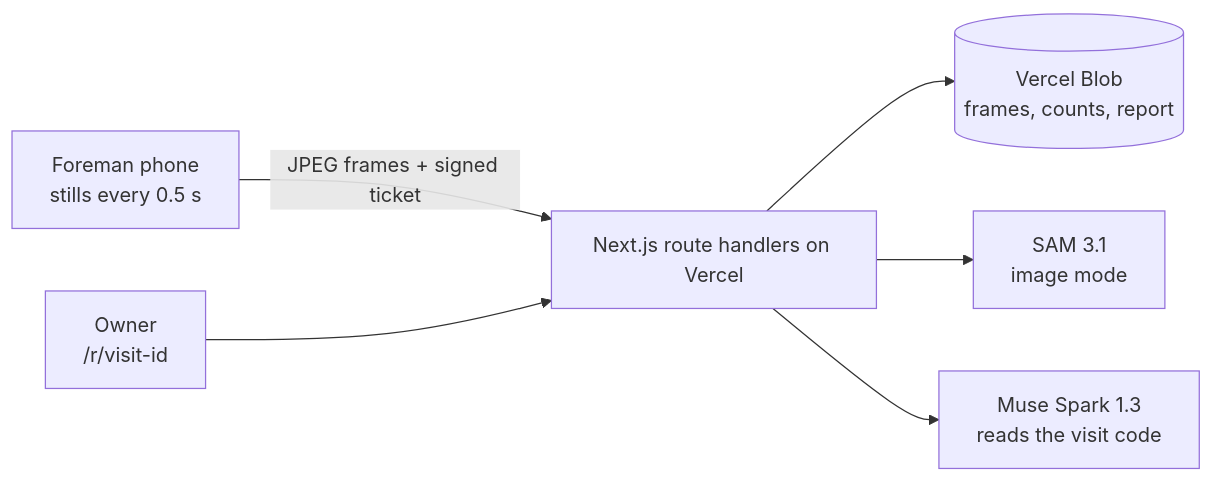
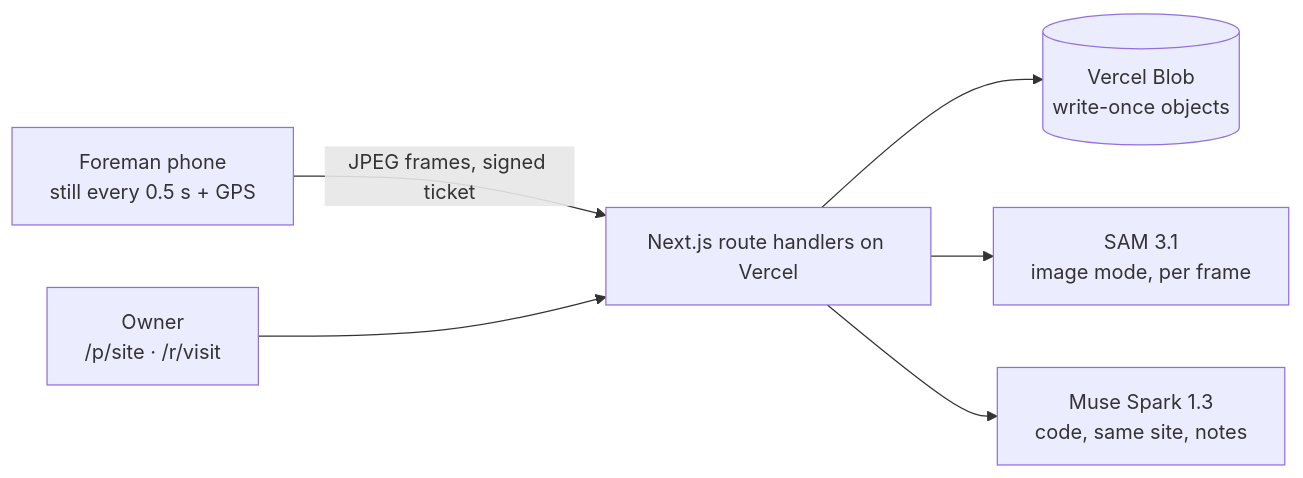
The first of 2 diagrams in ARCHITECTURE.md (techbone/plumbline), drawn with Mermaid before and after one commit. The commit also changed other lines of this file and 7 other files, not shown here.

Commit message:
docs: readme, architecture, demo script and submission

````diff
--- a/ARCHITECTURE.md
+++ b/ARCHITECTURE.md
@@ -34,8 +31,8 @@
 ```mermaid
 flowchart LR
-  F[Foreman phone<br/>stills every 0.5 s] -->|JPEG frames + signed ticket| API[Next.js route handlers on Vercel]
-  O[Owner<br/>/r/visit-id] --> API
-  API --> BLOB[(Vercel Blob<br/>frames, counts, report)]
-  API --> SAM[SAM 3.1<br/>image mode]
-  API --> SPARK[Muse Spark 1.3<br/>reads the visit code]
+  F[Foreman phone<br/>still every 0.5 s + GPS] -->|JPEG frames, signed ticket| API[Next.js route handlers on Vercel]
+  O[Owner<br/>/p/site · /r/visit] --> API
+  API --> BLOB[(Vercel Blob<br/>write-once objects)]
+  API --> SAM[SAM 3.1<br/>image mode, per frame]
+  API --> SPARK[Muse Spark 1.3<br/>code, same site, notes]
 ```
````
